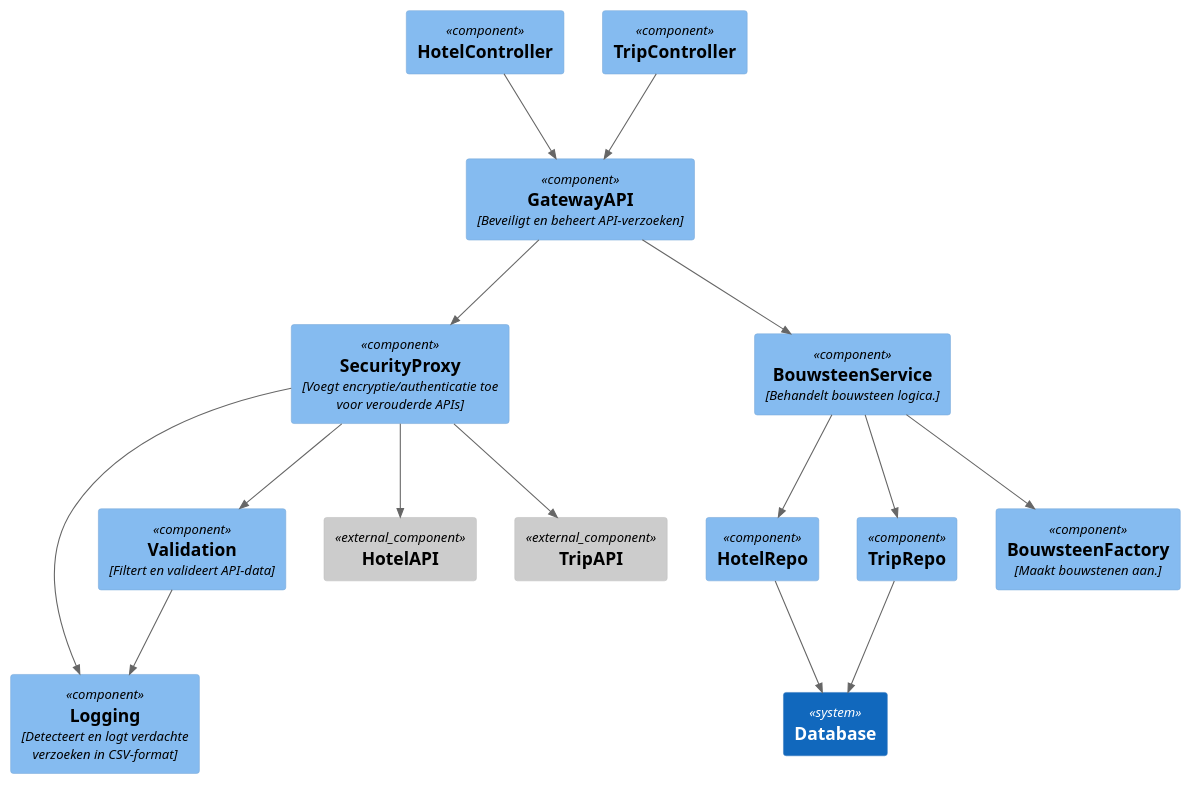
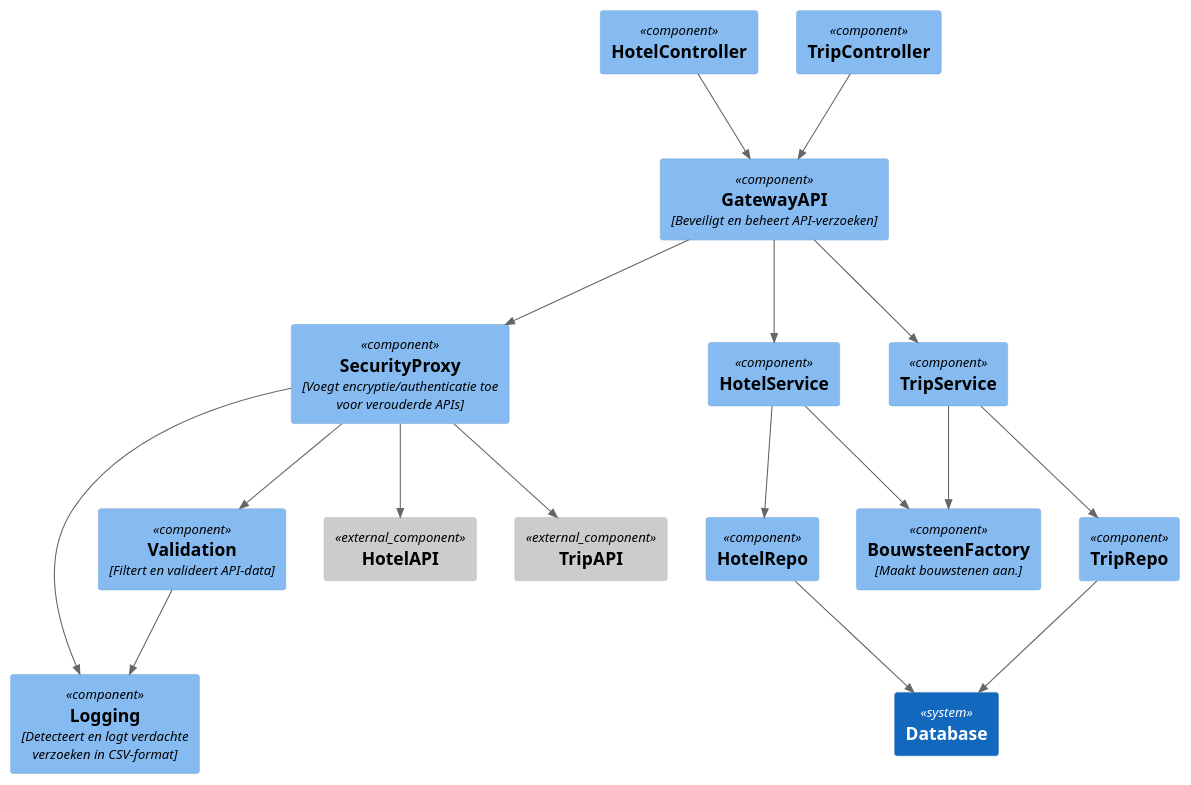
Before and after one commit to AIM-ENE-feb25/triptop-dravende-dikdiks: the diagram in opdracht-diagrammen/Diagrammen studenten/Week 2/Samengevoegd componentdiagram.puml, drawn with PlantUML. The commit also changed 3 other files, not shown here.

```diff
--- a/opdracht-diagrammen/Diagrammen studenten/Week 2/Samengevoegd componentdiagram.puml
+++ b/opdracht-diagrammen/Diagrammen studenten/Week 2/Samengevoegd componentdiagram.puml
@@ -1,43 +1,49 @@
 @startuml
 !include https://raw.githubusercontent.com/plantuml-stdlib/C4-PlantUML/master/C4_Component.puml
 
 Component("hc", "HotelController")
 Component("tc", "TripController")
 Component("hr", "HotelRepo")
 Component("tr", "TripRepo")
 Component("sp", "SecurityProxy", "Voegt encryptie/authenticatie toe voor verouderde APIs")
 Component("l", "Logging", "Detecteert en logt verdachte verzoeken in CSV-format",)
 Component("bsf", "BouwsteenFactory", "Maakt bouwstenen aan.")
-Component("bss", "BouwsteenService", "Behandelt bouwsteen logica.")
+Component("hs", "HotelService")
+Component("ts", "TripService")
+
+'todo: bouwsteenservice opsplitsen
 Component("gapi", "GatewayAPI", "Beveiligt en beheert API-verzoeken")
 Component("v", "Validation", "Filtert en valideert API-data")
 
 Component_Ext("hapi","HotelAPI")
 Component_Ext("tapi","TripAPI")
 
 System("db", "Database")
 
 
 
 Rel("hc", "gapi", " ")
 Rel("tc", "gapi", " ")
 
 Rel("gapi", "sp", " ")
-Rel("gapi", "bss", " ")
+Rel("gapi", "hs", " ")
+Rel("gapi", "ts", " ")
 
-Rel("bss", "bsf", " ")
-Rel("bss", "tr", " ")
-Rel("bss", "hr", " ")
+Rel("hs", "bsf", " ")
+Rel("ts", "bsf", " ")
+
+Rel("ts", "tr", " ")
+Rel("hs", "hr", " ")
 
 Rel("sp", "hapi", " ")
 Rel("sp", "tapi", " ")
 Rel("sp", "l", " ")
 Rel("sp", "v", " ")
 
 Rel("v", "l", " ")
 
 Rel("tr", "db", " ")
 Rel("hr", "db", " ")
 
 
 @enduml
```
